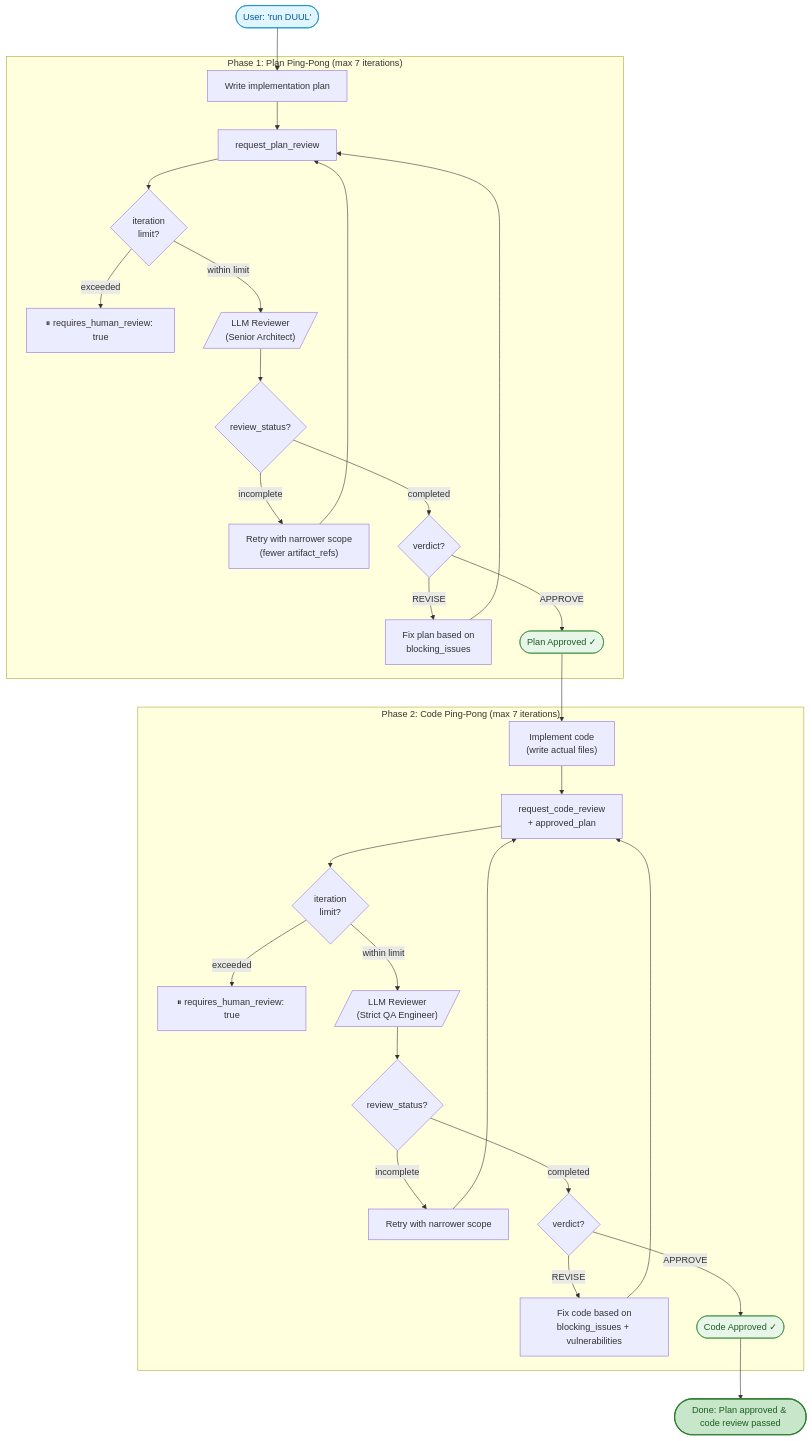
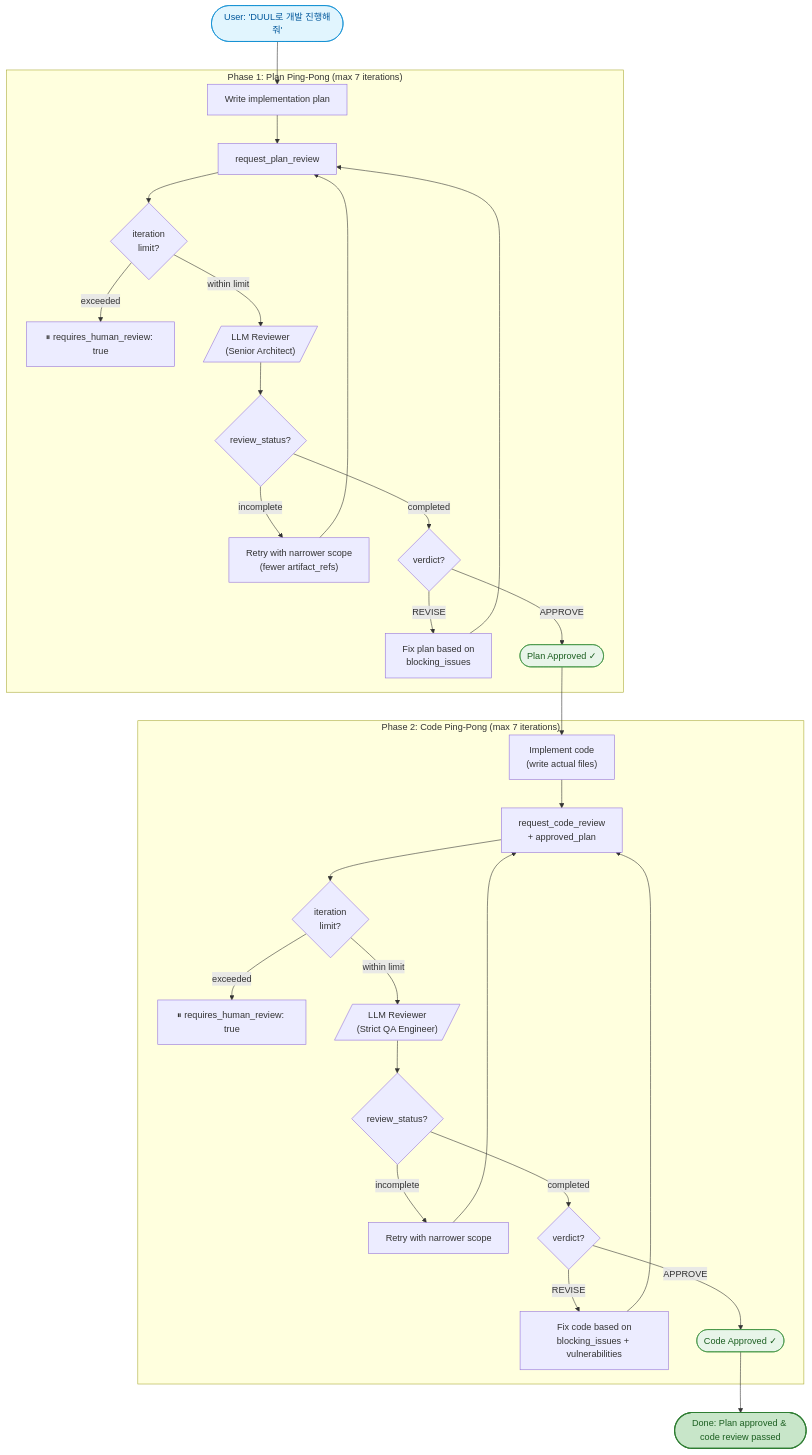
The first of 4 diagrams in README.md (Planningo/duul), drawn with Mermaid before and after one commit. The commit also changed other lines of this file and 5 other files, not shown here.

````diff
--- a/README.md
+++ b/README.md
@@ -24,40 +24,40 @@
 ```mermaid
 flowchart TD
-    Start(["User: 'run DUUL'"]):::trigger --> Plan["Write implementation plan"]
+    Start(["User: 'DUUL로 개발 진행해줘'"]):::trigger --> Plan["Write implementation plan"]
 
     subgraph Phase1["Phase 1: Plan Ping-Pong (max 7 iterations)"]
         Plan --> PR["request_plan_review"]
         PR --> IterCheck1{iteration\nlimit?}
         IterCheck1 -- "exceeded" --> Human1["⏸ requires_human_review: true"]
         IterCheck1 -- "within limit" --> Review1[/"LLM Reviewer\n(Senior Architect)"/]
         Review1 --> Status1{review_status?}
         Status1 -- "incomplete" --> Narrow1["Retry with narrower scope\n(fewer artifact_refs)"]
         Narrow1 --> PR
         Status1 -- "completed" --> Verdict1{verdict?}
         Verdict1 -- "REVISE" --> Fix1["Fix plan based on\nblocking_issues"]
         Fix1 --> PR
         Verdict1 -- "APPROVE" --> PlanOK(["Plan Approved ✓"]):::approved
     end
 
     PlanOK --> Impl["Implement code\n(write actual files)"]
 
     subgraph Phase2["Phase 2: Code Ping-Pong (max 7 iterations)"]
         Impl --> CR["request_code_review\n+ approved_plan"]
         CR --> IterCheck2{iteration\nlimit?}
         IterCheck2 -- "exceeded" --> Human2["⏸ requires_human_review: true"]
         IterCheck2 -- "within limit" --> Review2[/"LLM Reviewer\n(Strict QA Engineer)"/]
         Review2 --> Status2{review_status?}
         Status2 -- "incomplete" --> Narrow2["Retry with narrower scope"]
         Narrow2 --> CR
         Status2 -- "completed" --> Verdict2{verdict?}
         Verdict2 -- "REVISE" --> Fix2["Fix code based on\nblocking_issues + vulnerabilities"]
         Fix2 --> CR
         Verdict2 -- "APPROVE" --> CodeOK(["Code Approved ✓"]):::approved
     end
 
     CodeOK --> Done(["Done: Plan approved & code review passed"]):::done
 
     classDef trigger fill:#e1f5fe,stroke:#0288d1,color:#01579b
     classDef approved fill:#e8f5e9,stroke:#388e3c,color:#1b5e20
     classDef done fill:#c8e6c9,stroke:#2e7d32,color:#1b5e20,stroke-width:2px
 ```
````
